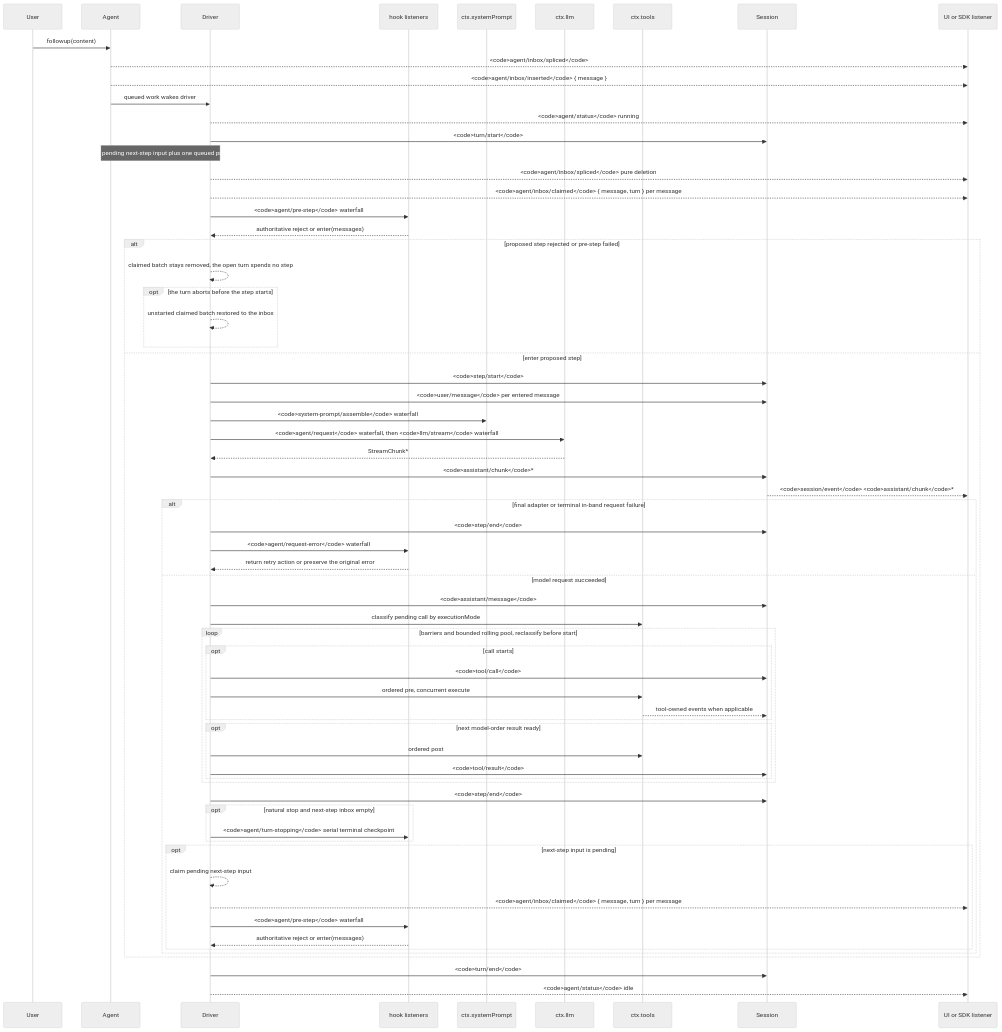
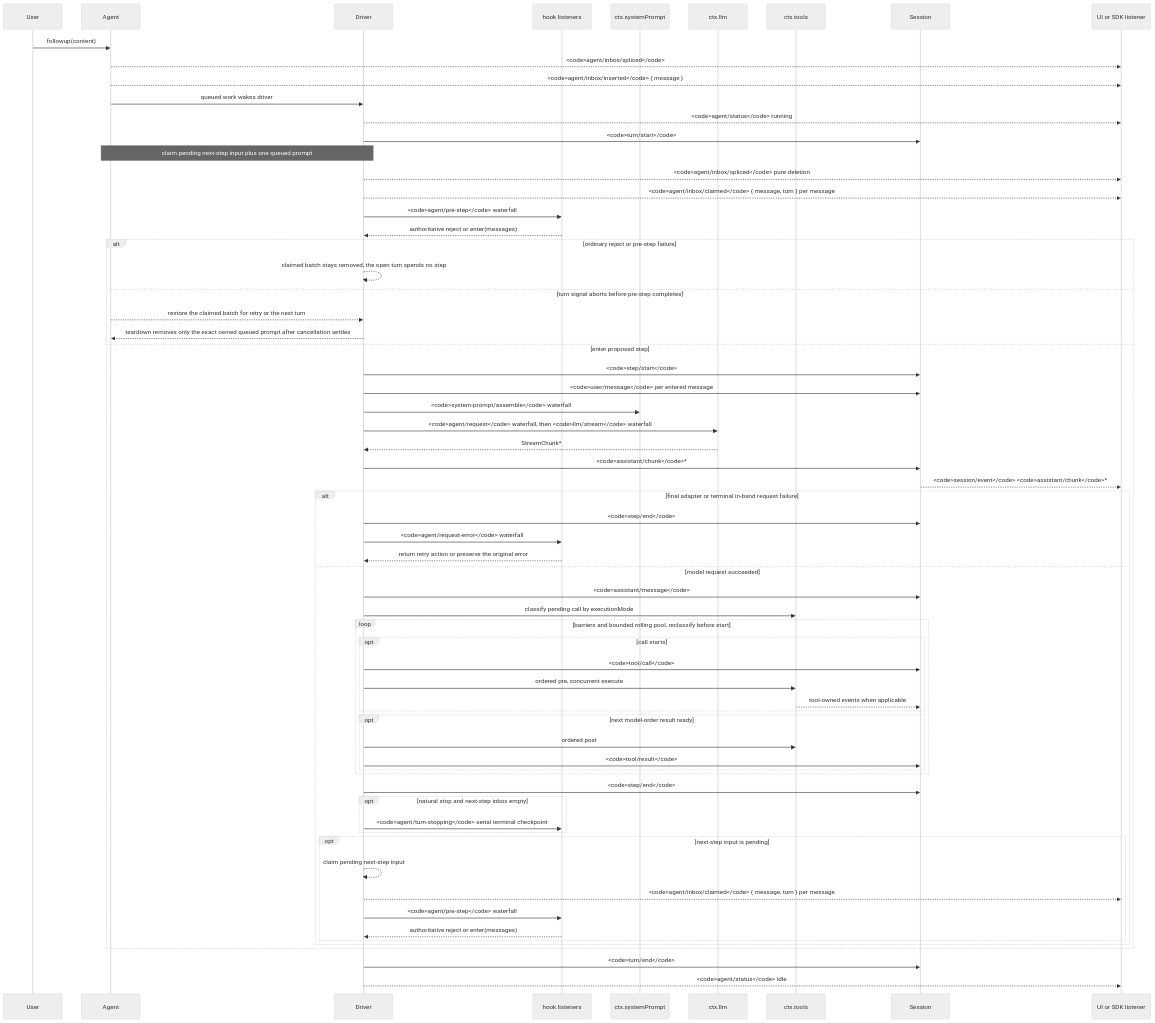
The diagram in docs/agent-lifecycle.md (Abaddollyon/deepseek-harness), drawn with Mermaid (neutral theme) before and after one commit. The commit also changed other lines of this file and 44 other files, not shown here.

````diff
--- a/docs/agent-lifecycle.md
+++ b/docs/agent-lifecycle.md
@@ -8,68 +8,68 @@
 ```mermaid
 sequenceDiagram
   participant User
   participant Agent
   participant Driver
   participant Hooks as hook listeners
   participant Prompt as ctx.systemPrompt
   participant LLM as ctx.llm
   participant Tools as ctx.tools
   participant Session
   participant SDK as UI or SDK listener
   User->>Agent: followup(content)
   Agent-->>SDK: <code>agent/inbox/spliced</code>
   Agent-->>SDK: <code>agent/inbox/inserted</code> { message }
   Agent->>Driver: queued work wakes driver
   Driver-->>SDK: <code>agent/status</code> running
   Driver->>Session: <code>turn/start</code>
   Note over Agent,Driver: claim pending next-step input plus one queued prompt
   Driver-->>SDK: <code>agent/inbox/spliced</code> pure deletion
   Driver-->>SDK: <code>agent/inbox/claimed</code> { message, turn } per message
   Driver->>Hooks: <code>agent/pre-step</code> waterfall
   Hooks-->>Driver: authoritative reject or enter(messages)
-  alt proposed step rejected or pre-step failed
+  alt ordinary reject or pre-step failure
     Driver-->>Driver: claimed batch stays removed, the open turn spends no step
-    opt the turn aborts before the step starts
-      Driver-->>Driver: unstarted claimed batch restored to the inbox
-    end
+  else turn signal aborts before pre-step completes
+    Agent-->>Driver: restore the claimed batch for retry or the next turn
+    Driver-->>Agent: teardown removes only the exact owned queued prompt after cancellation settles
   else enter proposed step
   Driver->>Session: <code>step/start</code>
   Driver->>Session: <code>user/message</code> per entered message
   Driver->>Prompt: <code>system-prompt/assemble</code> waterfall
   Driver->>LLM: <code>agent/request</code> waterfall, then <code>llm/stream</code> waterfall
   LLM-->>Driver: StreamChunk*
   Driver->>Session: <code>assistant/chunk</code>*
   Session-->>SDK: <code>session/event</code> <code>assistant/chunk</code>*
   alt final adapter or terminal in-band request failure
     Driver->>Session: <code>step/end</code>
     Driver->>Hooks: <code>agent/request-error</code> waterfall
     Hooks-->>Driver: return retry action or preserve the original error
   else model request succeeded
   Driver->>Session: <code>assistant/message</code>
   Driver->>Tools: classify pending call by executionMode
   loop barriers and bounded rolling pool, reclassify before start
     opt call starts
       Driver->>Session: <code>tool/call</code>
       Driver->>Tools: ordered pre, concurrent execute
       Tools-->>Session: tool-owned events when applicable
     end
     opt next model-order result ready
       Driver->>Tools: ordered post
       Driver->>Session: <code>tool/result</code>
     end
   end
   Driver->>Session: <code>step/end</code>
   opt natural stop and next-step inbox empty
     Driver->>Hooks: <code>agent/turn-stopping</code> serial terminal checkpoint
   end
   opt next-step input is pending
     Driver-->>Driver: claim pending next-step input
     Driver-->>SDK: <code>agent/inbox/claimed</code> { message, turn } per message
     Driver->>Hooks: <code>agent/pre-step</code> waterfall
     Hooks-->>Driver: authoritative reject or enter(messages)
   end
   end
   end
   Driver->>Session: <code>turn/end</code>
   Driver-->>SDK: <code>agent/status</code> idle
 ```
````
